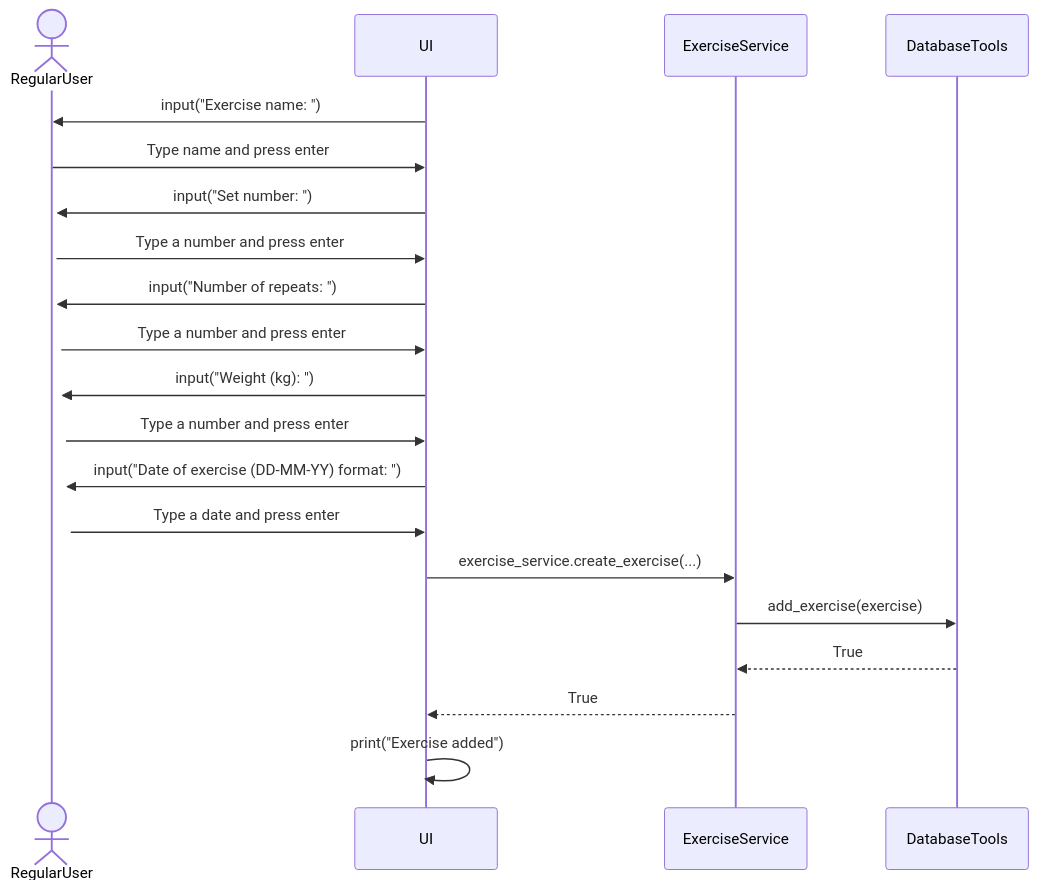
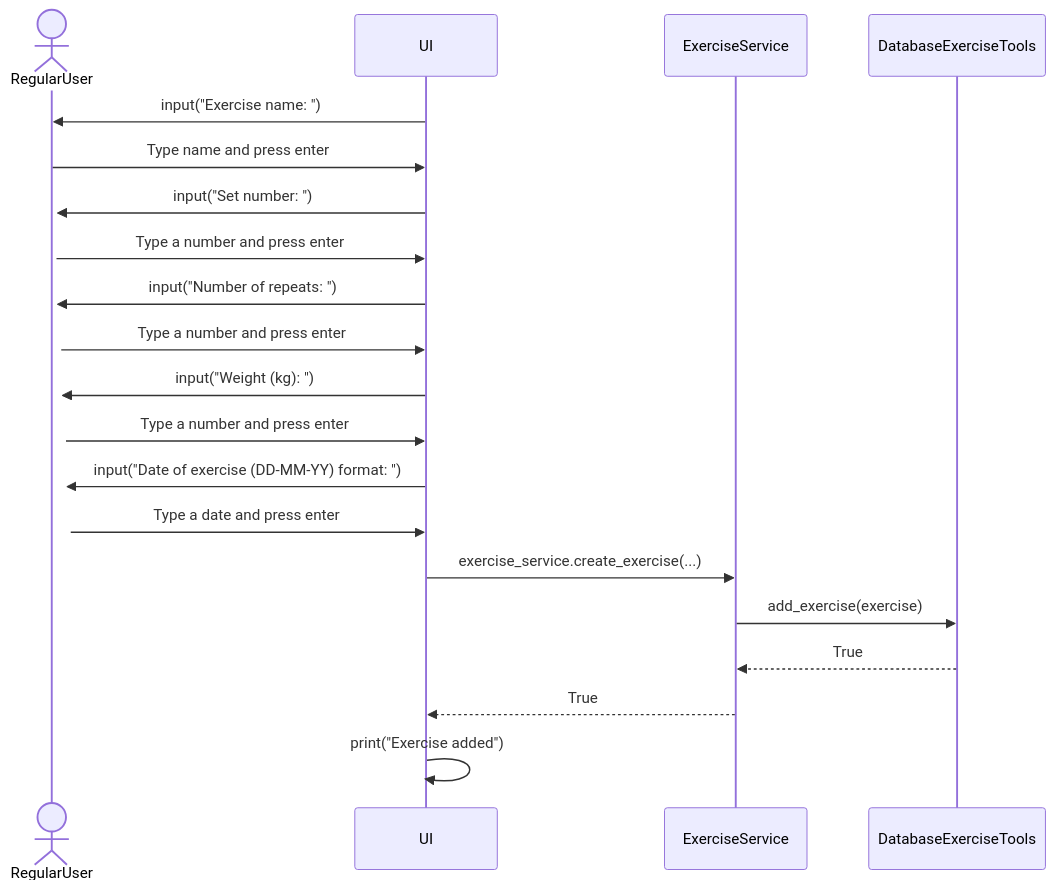
The second of 2 diagrams in dokumentaatio/arkkitehtuuri.md (sippohippo/ot-harjoitustyo), drawn with Mermaid before and after one commit. The commit also changed other lines of this file and 8 other files, not shown here.

````diff
--- a/dokumentaatio/arkkitehtuuri.md
+++ b/dokumentaatio/arkkitehtuuri.md
@@ -67,23 +67,23 @@
 ```mermaid
 sequenceDiagram
     Actor RegularUser
 
     UI->>RegularUser: input("Exercise name: ")
     RegularUser->>UI: Type name and press enter
     UI->>+RegularUser: input("Set number: ")
     RegularUser->>UI: Type a number and press enter
     UI->>+RegularUser: input("Number of repeats: ")
     RegularUser->>UI: Type a number and press enter
     UI->>+RegularUser: input("Weight (kg): ")
     RegularUser->>UI: Type a number and press enter
     UI->>+RegularUser: input("Date of exercise (DD-MM-YY) format: ")
     RegularUser->>UI: Type a date and press enter    
     
     UI->>ExerciseService: exercise_service.create_exercise(...)
-    ExerciseService->>DatabaseTools: add_exercise(exercise)
+    ExerciseService->>DatabaseExerciseTools: add_exercise(exercise)
 
-    DatabaseTools-->>ExerciseService: True
+    DatabaseExerciseTools-->>ExerciseService: True
     ExerciseService-->>UI: True
 
     UI->>+UI: print("Exercise added")
 ```
````
